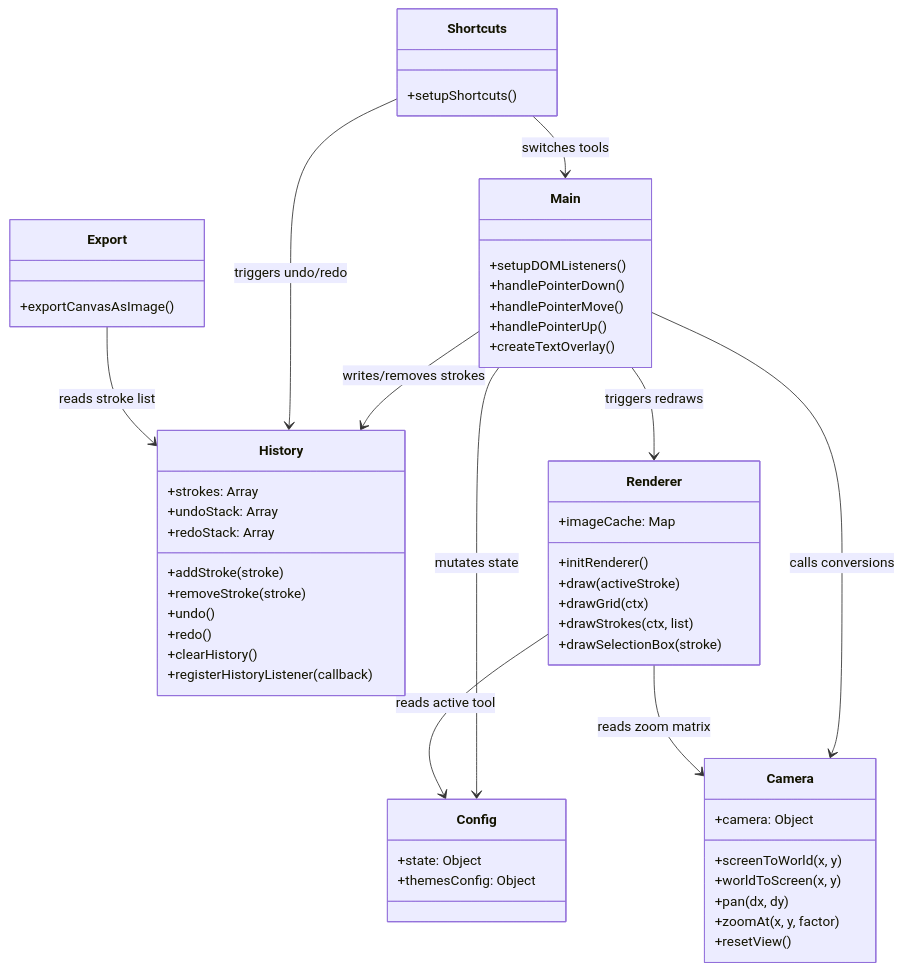
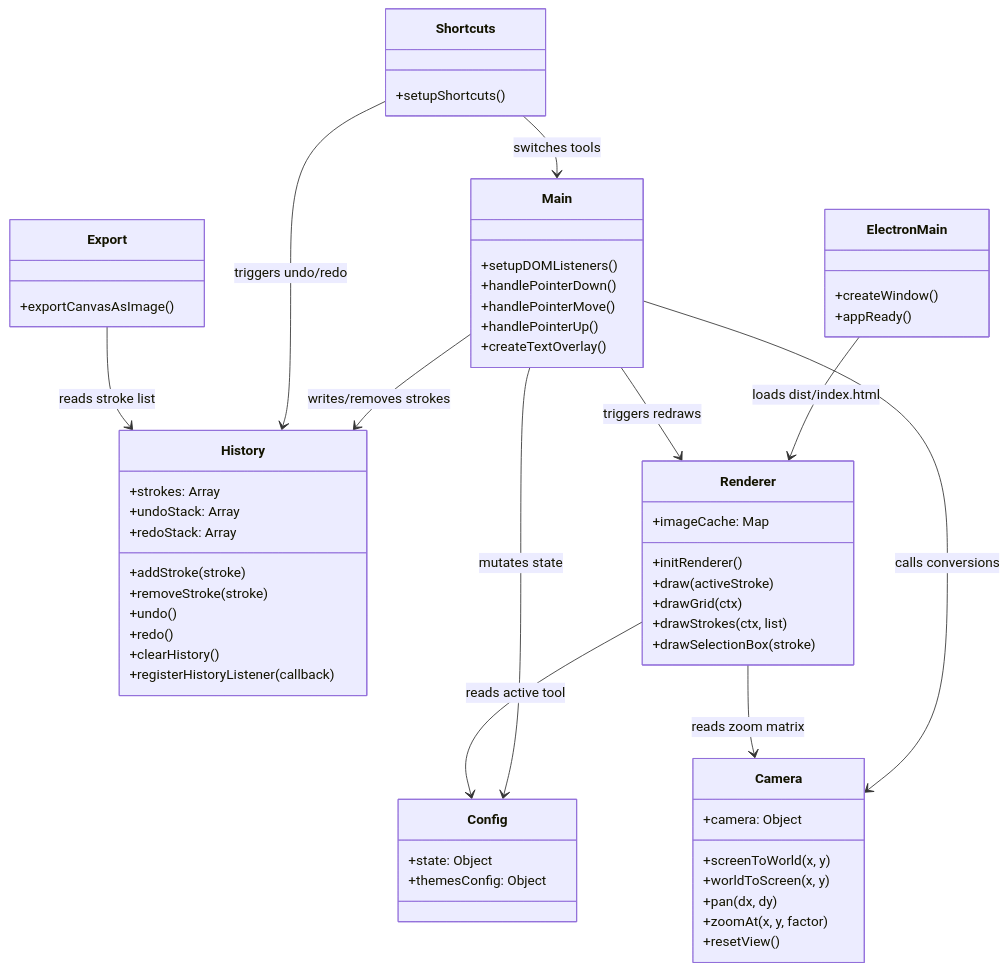
One commit to kumar291098/simple-teaching-board changed the second of 2 diagrams in README.md. Above: the diagram before and after it, drawn with Mermaid. The commit also changed other lines of this file and 5 other files, not shown here.

````diff
--- a/README.md
+++ b/README.md
@@ -87,57 +102,62 @@
 ```mermaid
 classDiagram
+    class ElectronMain {
+        +createWindow()
+        +appReady()
+    }
     class Config {
         +state: Object
         +themesConfig: Object
     }
     class Camera {
         +camera: Object
         +screenToWorld(x, y)
         +worldToScreen(x, y)
         +pan(dx, dy)
         +zoomAt(x, y, factor)
         +resetView()
     }
     class History {
         +strokes: Array
         +undoStack: Array
         +redoStack: Array
         +addStroke(stroke)
         +removeStroke(stroke)
         +undo()
         +redo()
         +clearHistory()
         +registerHistoryListener(callback)
     }
     class Renderer {
         +imageCache: Map
         +initRenderer()
         +draw(activeStroke)
         +drawGrid(ctx)
         +drawStrokes(ctx, list)
         +drawSelectionBox(stroke)
     }
     class Export {
         +exportCanvasAsImage()
     }
     class Shortcuts {
         +setupShortcuts()
     }
     class Main {
         +setupDOMListeners()
         +handlePointerDown()
         +handlePointerMove()
         +handlePointerUp()
         +createTextOverlay()
     }
 
+    ElectronMain --> Renderer : loads dist/index.html
     Main --> Config : mutates state
     Main --> Camera : calls conversions
     Main --> History : writes/removes strokes
     Main --> Renderer : triggers redraws
     Shortcuts --> History : triggers undo/redo
     Shortcuts --> Main : switches tools
     Renderer --> Camera : reads zoom matrix
     Renderer --> Config : reads active tool
     Export --> History : reads stroke list
 ```
````
